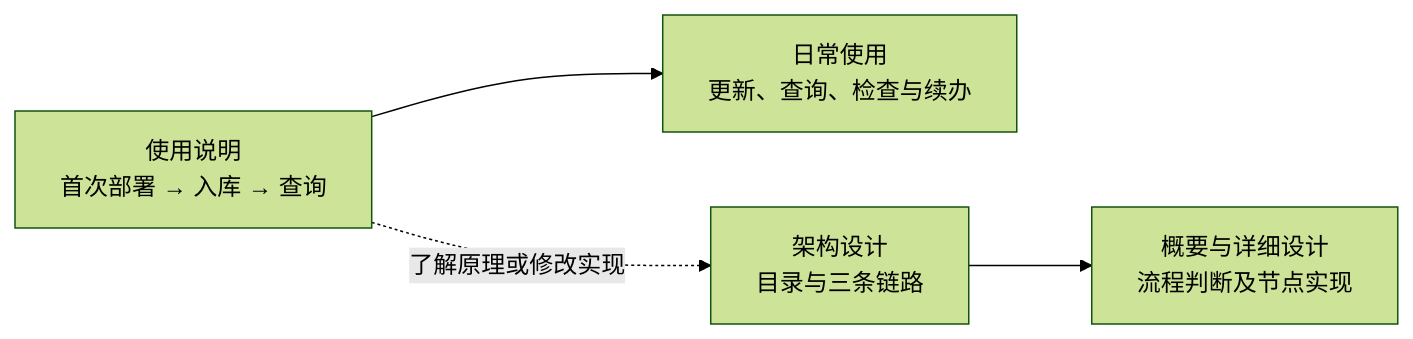
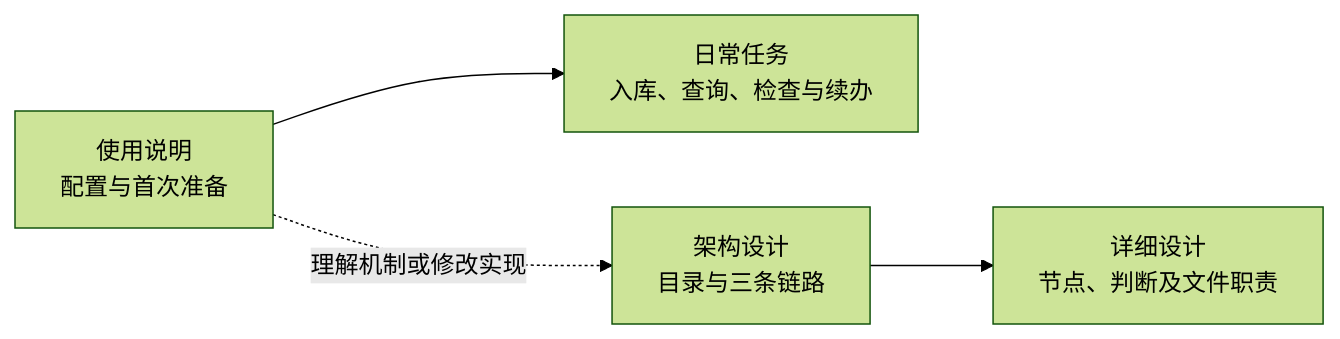
Before and after one commit to Robin-hhc/FactumCore: the diagram in himate-knowledge-wifi-mp/docs-llm-wiki/README.md, drawn with Mermaid (forest theme). The commit also changed other lines of this file and 5 other files, not shown here.

````diff
--- a/himate-knowledge-wifi-mp/docs-llm-wiki/README.md
+++ b/himate-knowledge-wifi-mp/docs-llm-wiki/README.md
@@ -5,6 +5,6 @@
 ```mermaid
 flowchart LR
-    A["使用说明<br/>首次部署 → 入库 → 查询"] --> B["日常使用<br/>更新、查询、检查与续办"]
-    A -. "了解原理或修改实现" .-> C["架构设计<br/>目录与三条链路"]
-    C --> D["概要与详细设计<br/>流程判断及节点实现"]
+    A["使用说明<br/>配置与首次准备"] --> B["日常任务<br/>入库、查询、检查与续办"]
+    A -. "理解机制或修改实现" .-> C["架构设计<br/>目录与三条链路"]
+    C --> D["详细设计<br/>节点、判断及文件职责"]
 ```
````
